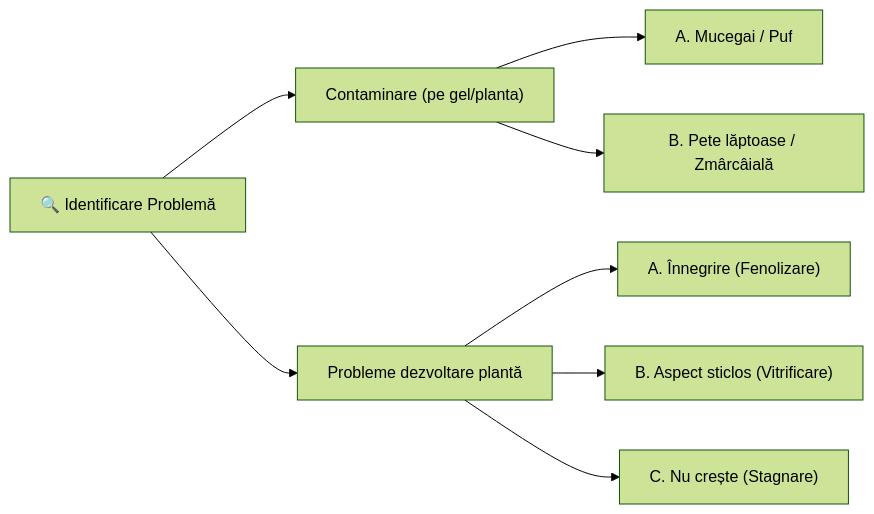
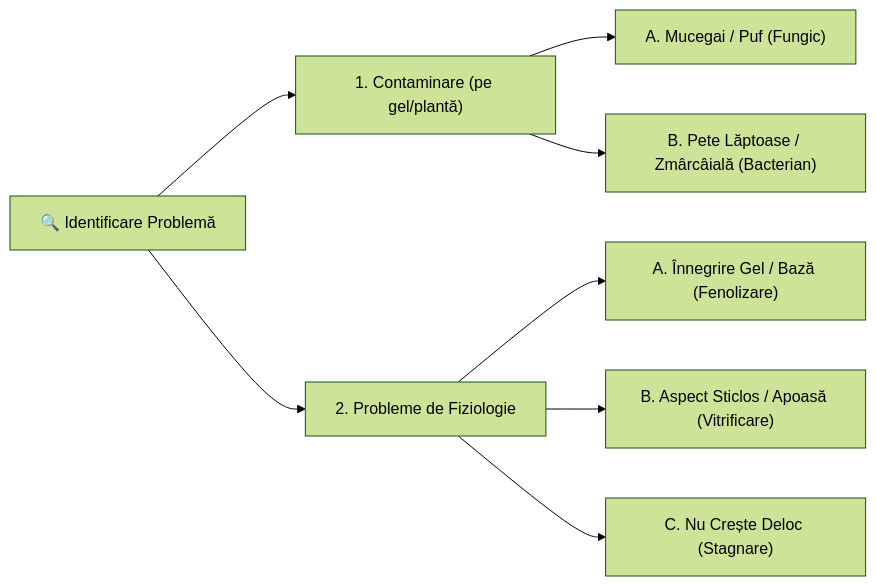
One commit to LaurenceDeer/protocoale-tissue-culture changed the diagram in ghiduri/Troubleshooting.md. Above: the diagram before and after it, drawn with Mermaid (forest theme). The commit also changed other lines of this file and 23 other files, not shown here.

```diff
--- a/ghiduri/Troubleshooting.md
+++ b/ghiduri/Troubleshooting.md
@@ -13,18 +13,18 @@
 <pre class="mermaid" style="background-color: var(--bg-card); border: 1px solid var(--border-color); border-radius: 6px; padding: 20px; margin: 30px 0; box-shadow: 0 4px 12px rgba(0,0,0,0.35); text-align: center; font-family: inherit;">
 graph LR
-    Start["🔍 Identificare Problemă"] --> Contaminare["Contaminare (pe gel/planta)"]
-    Start --> ProblemePlanta["Probleme dezvoltare plantă"]
+    Start["🔍 Identificare Problemă"] --> Contaminare["1. Contaminare (pe gel/plantă)"]
+    Start --> ProblemePlanta["2. Probleme de Fiziologie"]
 
-    Contaminare --> Fungal["A. Mucegai / Puf"]
-    Contaminare --> Bacterial["B. Pete lăptoase / Zmârcâială"]
+    Contaminare --> Fungal["A. Mucegai / Puf (Fungic)"]
+    Contaminare --> Bacterial["B. Pete Lăptoase / Zmârcâială (Bacterian)"]
 
-    ProblemePlanta --> Innegrire["A. Înnegrire (Fenolizare)"]
-    ProblemePlanta --> Translucid["B. Aspect sticlos (Vitrificare)"]
-    ProblemePlanta --> Stagnare["C. Nu crește (Stagnare)"]
+    ProblemePlanta --> Innegrire["A. Înnegrire Gel / Bază (Fenolizare)"]
+    ProblemePlanta --> Translucid["B. Aspect Sticlos / Apoasă (Vitrificare)"]
+    ProblemePlanta --> Stagnare["C. Nu Crește Deloc (Stagnare)"]
 
     click Fungal "#mucegai" "Mergi la secțiune"
     click Bacterial "#bacterii" "Mergi la secțiune"
     click Innegrire "#fenolizare" "Mergi la secțiune"
     click Translucid "#vitrificare" "Mergi la secțiune"
     click Stagnare "#stagnare" "Mergi la secțiune"
 </pre>
```
